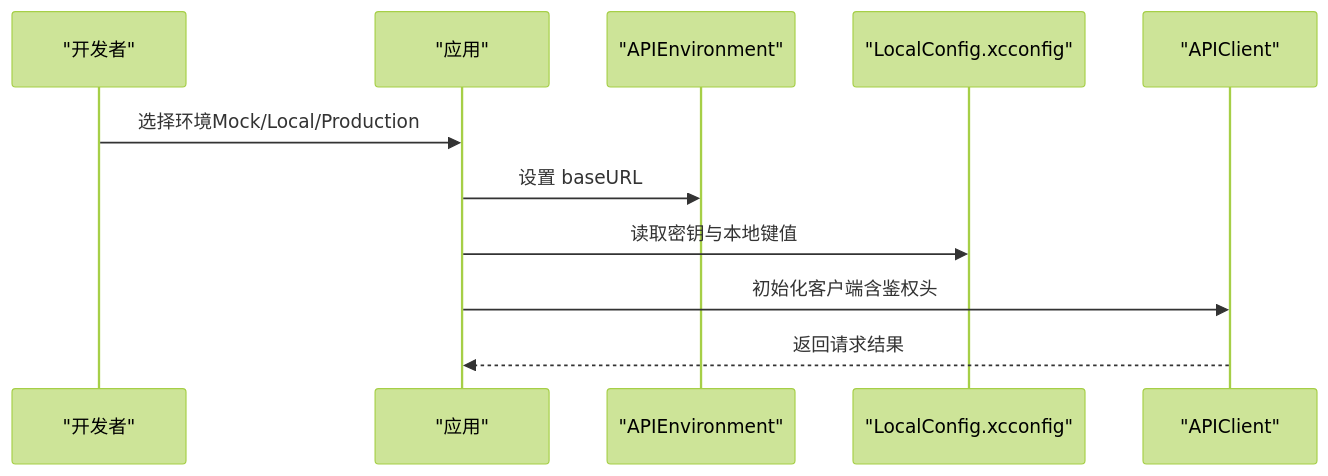
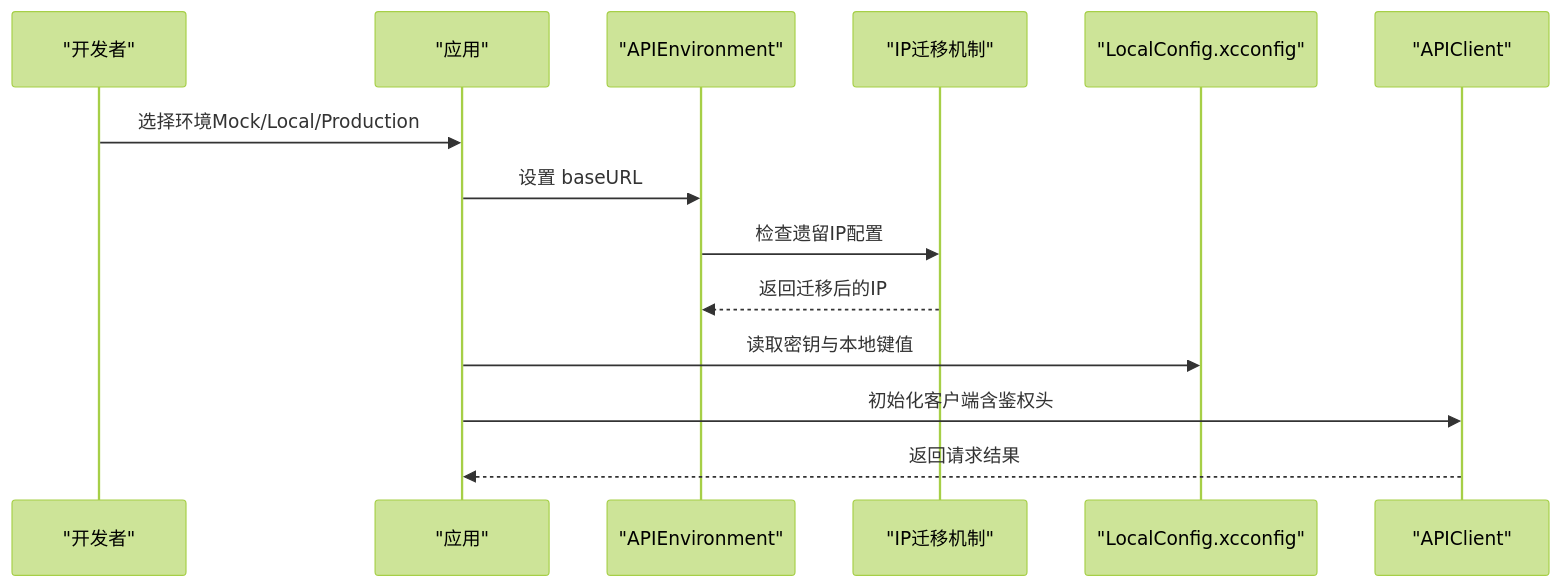
The sixth of 7 diagrams in .qoder/repowiki/zh/content/配置与部署/环境配置.md (Jayden23018/blind-run-ios), drawn with Mermaid (forest theme) before and after one commit. The commit also changed other lines of this file and 24 other files, not shown here.

````diff
--- a/.qoder/repowiki/zh/content/配置与部署/环境配置.md
+++ b/.qoder/repowiki/zh/content/配置与部署/环境配置.md
@@ -196,13 +264,16 @@
 ```mermaid
 sequenceDiagram
 participant Dev as "开发者"
 participant App as "应用"
 participant Env as "APIEnvironment"
+participant IP as "IP迁移机制"
 participant Cfg as "LocalConfig.xcconfig"
 participant API as "APIClient"
 Dev->>App : 选择环境Mock/Local/Production
 App->>Env : 设置 baseURL
+Env->>IP : 检查遗留IP配置
+IP-->>Env : 返回迁移后的IP
 App->>Cfg : 读取密钥与本地键值
 App->>API : 初始化客户端含鉴权头
 API-->>App : 返回请求结果
 ```
````
